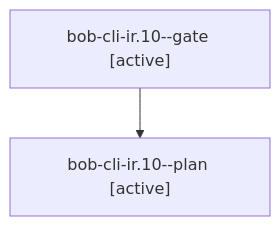
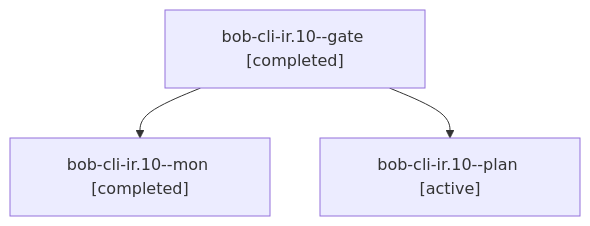
The diagram in sessions/bbugyi200.athena.bob-cli-ir.10.md (bobs-org/bob-cli--agents), drawn with Mermaid before and after one commit. The commit also changed other lines of this file and 127 other files, not shown here.

````diff
--- a/sessions/bbugyi200.athena.bob-cli-ir.10.md
+++ b/sessions/bbugyi200.athena.bob-cli-ir.10.md
@@ -9,6 +9,8 @@
 ```mermaid
 flowchart TD
-  n0["bob-cli-ir.10--gate [active]"]
-  n1["bob-cli-ir.10--plan [active]"]
+  n0["bob-cli-ir.10--gate [completed]"]
+  n1["bob-cli-ir.10--mon [completed]"]
   n0 --> n1
+  n2["bob-cli-ir.10--plan [active]"]
+  n0 --> n2
 ```
````
